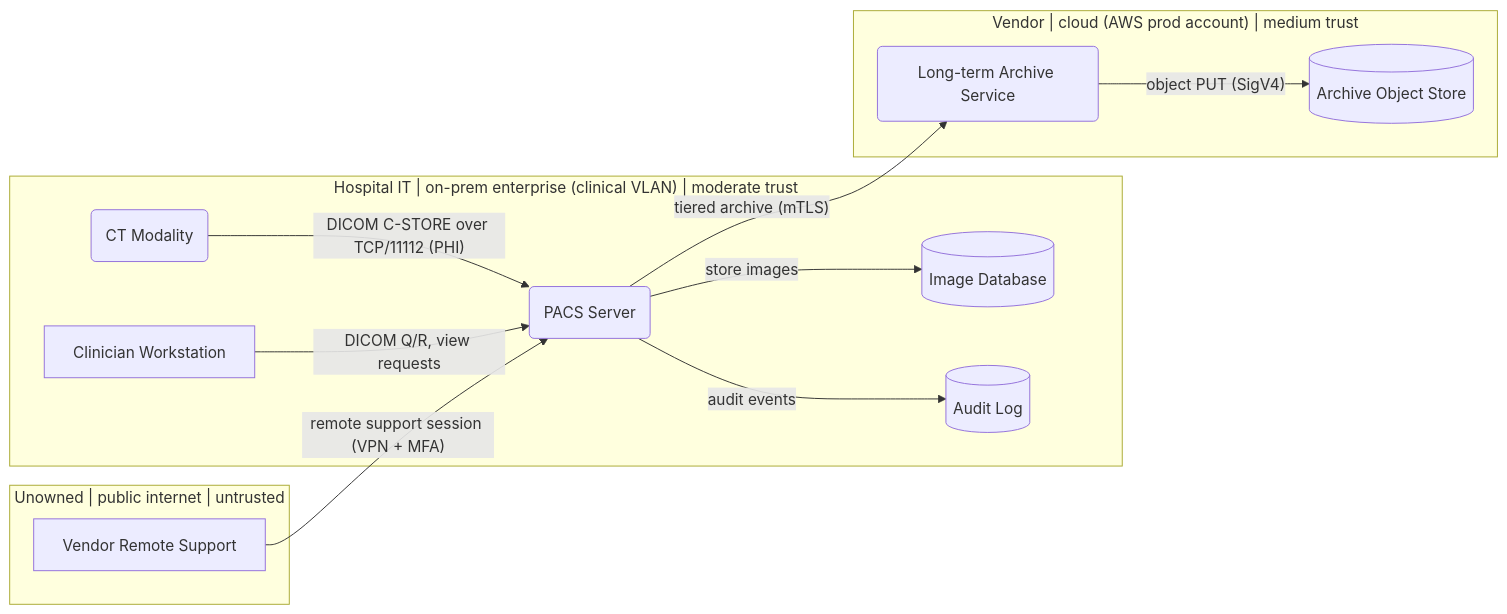
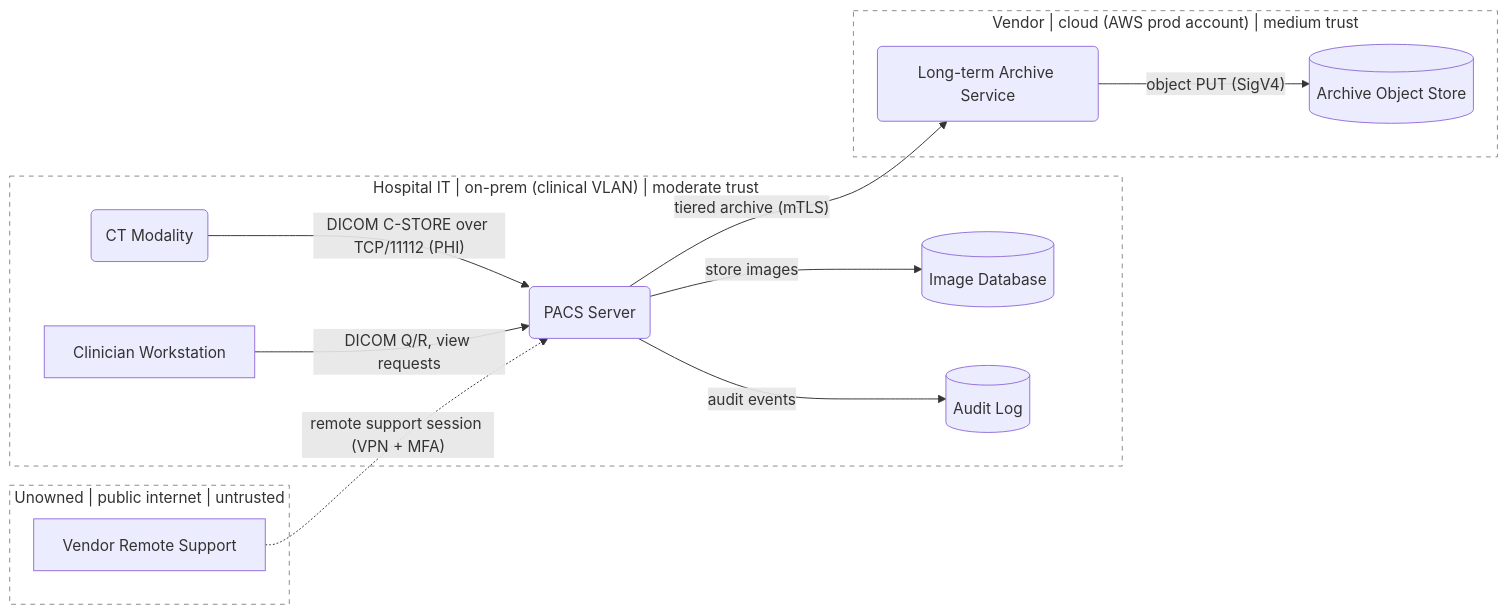
One commit to tmart234/threat-model-claude-skill changed the first of 2 diagrams in references/dfd-mermaid.md. Above: the diagram before and after it, drawn with Mermaid. The commit also changed other lines of this file and 2 other files, not shown here.

First line of the commit message:
Render trust boundaries as dashed subgraphs and reconcile DFD against §1

````diff
--- a/references/dfd-mermaid.md
+++ b/references/dfd-mermaid.md
@@ -28,27 +28,30 @@
 ```mermaid
 flowchart LR
-    subgraph Hospital["Hospital IT | on-prem enterprise (clinical VLAN) | moderate trust"]
+    subgraph Hospital["Hospital IT | on-prem (clinical VLAN) | moderate trust"]
         Modality(CT Modality)
         Workstation[Clinician Workstation]
         PACS(PACS Server)
         ImageDB[(Image Database)]
         AuditDB[(Audit Log)]
     end
 
     subgraph Internet["Unowned | public internet | untrusted"]
         Vendor[Vendor Remote Support]
     end
 
     subgraph Cloud["Vendor | cloud (AWS prod account) | medium trust"]
         Archive(Long-term Archive Service)
         ArchiveStore[(Archive Object Store)]
     end
 
     Modality -- "DICOM C-STORE over TCP/11112 (PHI)" --> PACS
     Workstation -- "DICOM Q/R, view requests" --> PACS
     PACS -- "store images" --> ImageDB
     PACS -- "audit events" --> AuditDB
     PACS -- "tiered archive (mTLS)" --> Archive
     Archive -- "object PUT (SigV4)" --> ArchiveStore
-    Vendor -- "remote support session (VPN + MFA)" --> PACS
+    Vendor -. "remote support session (VPN + MFA)" .-> PACS
+
+    classDef tb fill:none,stroke:#888,stroke-dasharray: 5 5
+    class Hospital,Internet,Cloud tb
 ```
````
